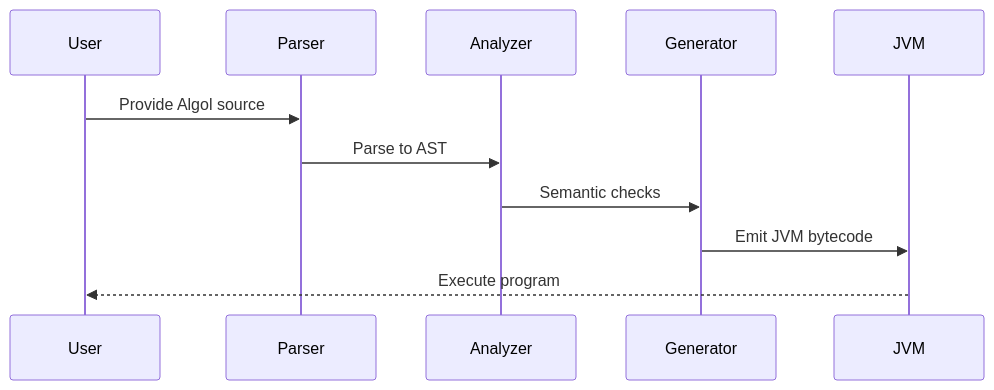
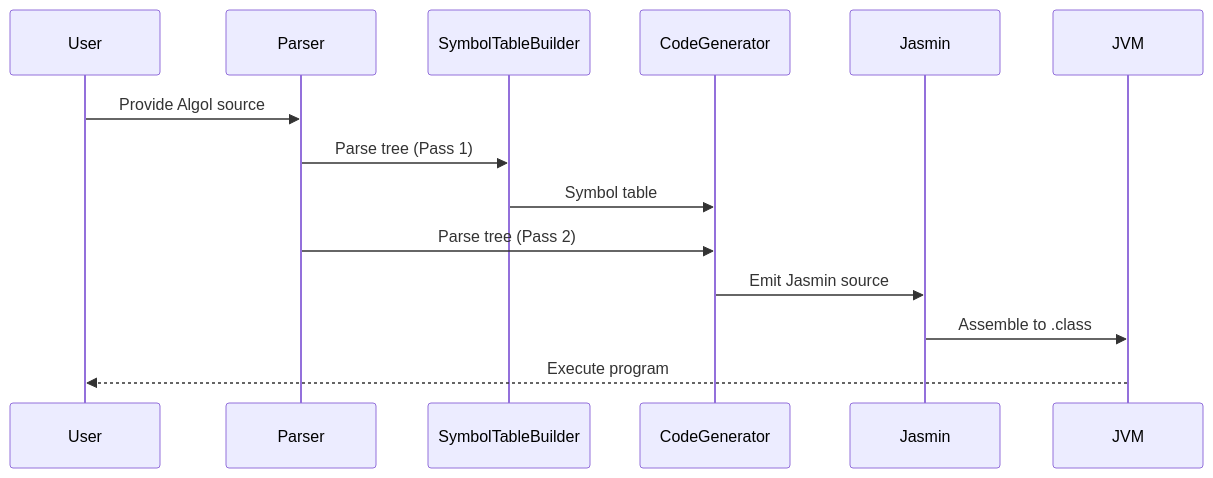
Before and after one commit to gnbonney/Perseus: the second of 2 diagrams in docs/Architecture.md, drawn with Mermaid. The commit also changed other lines of this file and 1 other file, not shown here.

Commit message:
Document two-pass compile architecture; add detailed Compiler-TODO.md

````diff
--- a/docs/Architecture.md
+++ b/docs/Architecture.md
@@ -30,13 +34,16 @@
 ```mermaid
 sequenceDiagram
     participant User
     participant Parser
-    participant Analyzer
-    participant Generator
+    participant SymbolTableBuilder
+    participant CodeGenerator
+    participant Jasmin
     participant JVM
     User->>Parser: Provide Algol source
-    Parser->>Analyzer: Parse to AST
-    Analyzer->>Generator: Semantic checks
-    Generator->>JVM: Emit JVM bytecode
+    Parser->>SymbolTableBuilder: Parse tree (Pass 1)
+    SymbolTableBuilder->>CodeGenerator: Symbol table
+    Parser->>CodeGenerator: Parse tree (Pass 2)
+    CodeGenerator->>Jasmin: Emit Jasmin source
+    Jasmin->>JVM: Assemble to .class
     JVM-->>User: Execute program
 ```
````
